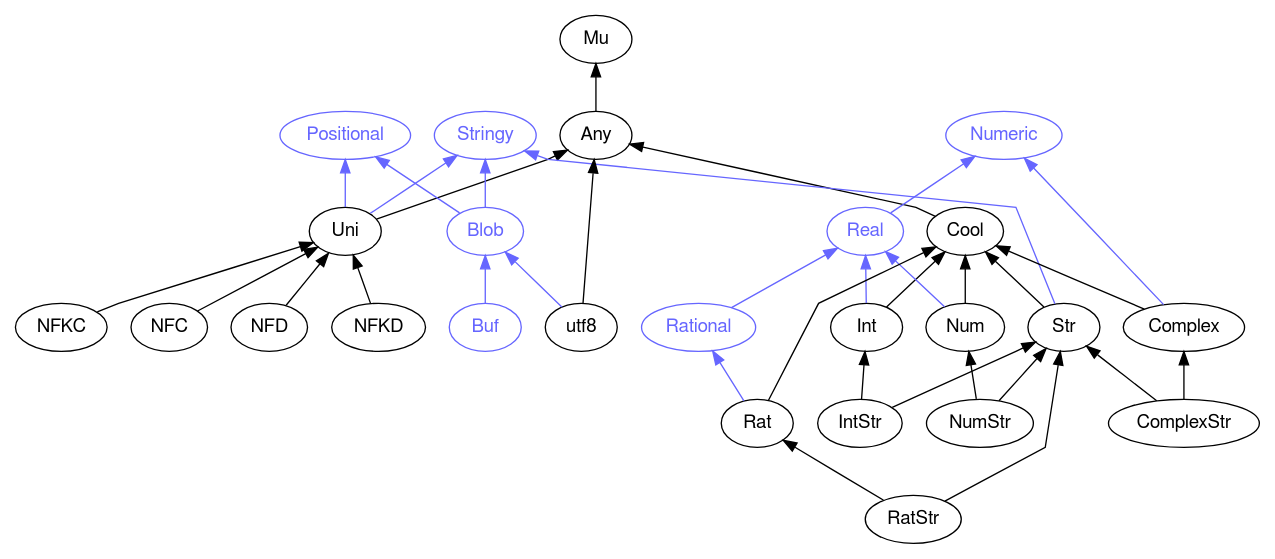
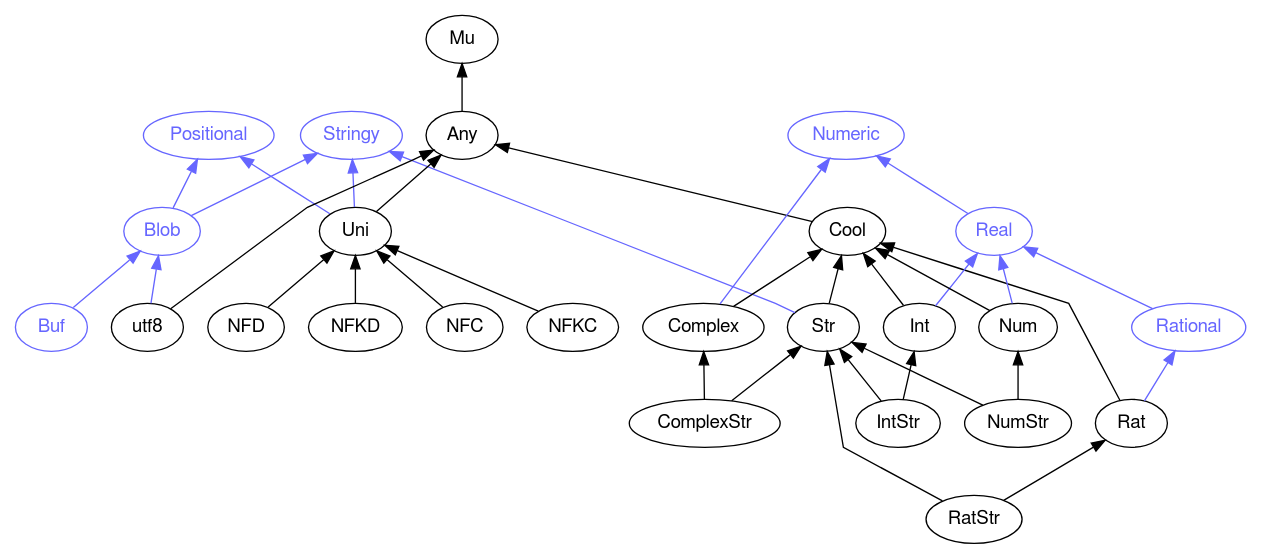
Before and after one commit to rakudocs/rakudocs.github.io: the diagram in images/type-graph-Stringy.svg.dot, drawn with Graphviz. The commit also changed other lines of this file and 1130 other files, not shown here.

```diff
--- a/images/type-graph-Stringy.svg.dot
+++ b/images/type-graph-Stringy.svg.dot
@@ -1,69 +1,69 @@
 digraph "perl6-type-graph" {
     rankdir=BT;
     splines=polyline;
     overlap=false; 
     // Types
     "Stringy" [color="#6666FF", fontcolor="#6666FF", href="/type/Stringy", fontname="FreeSans"];
     "Mu" [color="#000000", fontcolor="#000000", href="/type/Mu", fontname="FreeSans"];
     "Any" [color="#000000", fontcolor="#000000", href="/type/Any", fontname="FreeSans"];
-    "Positional" [color="#6666FF", fontcolor="#6666FF", href="/type/Positional", fontname="FreeSans"];
-    "Uni" [color="#000000", fontcolor="#000000", href="/type/Uni", fontname="FreeSans"];
     "Cool" [color="#000000", fontcolor="#000000", href="/type/Cool", fontname="FreeSans"];
     "Str" [color="#000000", fontcolor="#000000", href="/type/Str", fontname="FreeSans"];
+    "Positional" [color="#6666FF", fontcolor="#6666FF", href="/type/Positional", fontname="FreeSans"];
     "Blob" [color="#6666FF", fontcolor="#6666FF", href="/type/Blob", fontname="FreeSans"];
-    "NFKC" [color="#000000", fontcolor="#000000", href="/type/NFKC", fontname="FreeSans"];
-    "NFC" [color="#000000", fontcolor="#000000", href="/type/NFC", fontname="FreeSans"];
-    "NFD" [color="#000000", fontcolor="#000000", href="/type/NFD", fontname="FreeSans"];
-    "NFKD" [color="#000000", fontcolor="#000000", href="/type/NFKD", fontname="FreeSans"];
+    "Uni" [color="#000000", fontcolor="#000000", href="/type/Uni", fontname="FreeSans"];
     "Numeric" [color="#6666FF", fontcolor="#6666FF", href="/type/Numeric", fontname="FreeSans"];
     "Real" [color="#6666FF", fontcolor="#6666FF", href="/type/Real", fontname="FreeSans"];
+    "Rational" [color="#6666FF", fontcolor="#6666FF", href="/type/Rational", fontname="FreeSans"];
+    "Rat" [color="#000000", fontcolor="#000000", href="/type/Rat", fontname="FreeSans"];
+    "RatStr" [color="#000000", fontcolor="#000000", href="/type/RatStr", fontname="FreeSans"];
+    "Complex" [color="#000000", fontcolor="#000000", href="/type/Complex", fontname="FreeSans"];
+    "ComplexStr" [color="#000000", fontcolor="#000000", href="/type/ComplexStr", fontname="FreeSans"];
     "Int" [color="#000000", fontcolor="#000000", href="/type/Int", fontname="FreeSans"];
     "IntStr" [color="#000000", fontcolor="#000000", href="/type/IntStr", fontname="FreeSans"];
     "Num" [color="#000000", fontcolor="#000000", href="/type/Num", fontname="FreeSans"];
     "NumStr" [color="#000000", fontcolor="#000000", href="/type/NumStr", fontname="FreeSans"];
-    "Complex" [color="#000000", fontcolor="#000000", href="/type/Complex", fontname="FreeSans"];
-    "ComplexStr" [color="#000000", fontcolor="#000000", href="/type/ComplexStr", fontname="FreeSans"];
-    "Rational" [color="#6666FF", fontcolor="#6666FF", href="/type/Rational", fontname="FreeSans"];
-    "Rat" [color="#000000", fontcolor="#000000", href="/type/Rat", fontname="FreeSans"];
-    "RatStr" [color="#000000", fontcolor="#000000", href="/type/RatStr", fontname="FreeSans"];
+    "NFD" [color="#000000", fontcolor="#000000", href="/type/NFD", fontname="FreeSans"];
+    "NFKD" [color="#000000", fontcolor="#000000", href="/type/NFKD", fontname="FreeSans"];
+    "NFC" [color="#000000", fontcolor="#000000", href="/type/NFC", fontname="FreeSans"];
+    "NFKC" [color="#000000", fontcolor="#000000", href="/type/NFKC", fontname="FreeSans"];
     "Buf" [color="#6666FF", fontcolor="#6666FF", href="/type/Buf", fontname="FreeSans"];
     "utf8" [color="#000000", fontcolor="#000000", href="/type/utf8", fontname="FreeSans"];
 
     // Superclasses
     "Any" -> "Mu" [color="#000000"];
-    "Uni" -> "Any" [color="#000000"];
     "Cool" -> "Any" [color="#000000"];
     "Str" -> "Cool" [color="#000000"];
-    "NFKC" -> "Uni" [color="#000000"];
-    "NFC" -> "Uni" [color="#000000"];
-    "NFD" -> "Uni" [color="#000000"];
-    "NFKD" -> "Uni" [color="#000000"];
+    "Uni" -> "Any" [color="#000000"];
+    "Rat" -> "Cool" [color="#000000"];
+    "RatStr" -> "Rat" [color="#000000"];
+    "RatStr" -> "Str" [color="#000000"];
+    "Complex" -> "Cool" [color="#000000"];
+    "ComplexStr" -> "Complex" [color="#000000"];
+    "ComplexStr" -> "Str" [color="#000000"];
     "Int" -> "Cool" [color="#000000"];
     "IntStr" -> "Int" [color="#000000"];
     "IntStr" -> "Str" [color="#000000"];
     "Num" -> "Cool" [color="#000000"];
     "NumStr" -> "Num" [color="#000000"];
     "NumStr" -> "Str" [color="#000000"];
-    "Complex" -> "Cool" [color="#000000"];
-    "ComplexStr" -> "Complex" [color="#000000"];
-    "ComplexStr" -> "Str" [color="#000000"];
-    "Rat" -> "Cool" [color="#000000"];
-    "RatStr" -> "Rat" [color="#000000"];
-    "RatStr" -> "Str" [color="#000000"];
+    "NFD" -> "Uni" [color="#000000"];
+    "NFKD" -> "Uni" [color="#000000"];
+    "NFC" -> "Uni" [color="#000000"];
+    "NFKC" -> "Uni" [color="#000000"];
     "utf8" -> "Any" [color="#000000"];
 
     // Roles
-    "Uni" -> "Positional" [color="#6666FF"];
-    "Uni" -> "Stringy" [color="#6666FF"];
     "Str" -> "Stringy" [color="#6666FF"];
     "Blob" -> "Positional" [color="#6666FF"];
     "Blob" -> "Stringy" [color="#6666FF"];
+    "Uni" -> "Positional" [color="#6666FF"];
+    "Uni" -> "Stringy" [color="#6666FF"];
     "Real" -> "Numeric" [color="#6666FF"];
+    "Rational" -> "Real" [color="#6666FF"];
+    "Rat" -> "Rational" [color="#6666FF"];
+    "Complex" -> "Numeric" [color="#6666FF"];
     "Int" -> "Real" [color="#6666FF"];
     "Num" -> "Real" [color="#6666FF"];
-    "Complex" -> "Numeric" [color="#6666FF"];
-    "Rational" -> "Real" [color="#6666FF"];
-    "Rat" -> "Rational" [color="#6666FF"];
     "Buf" -> "Blob" [color="#6666FF"];
     "utf8" -> "Blob" [color="#6666FF"];
 }
```
